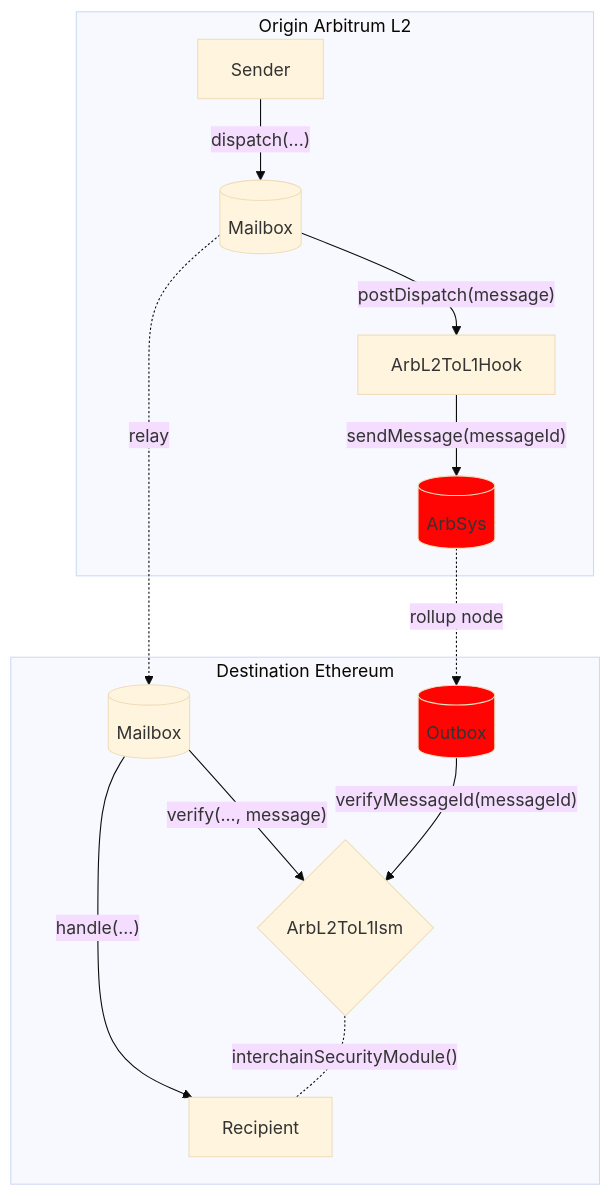
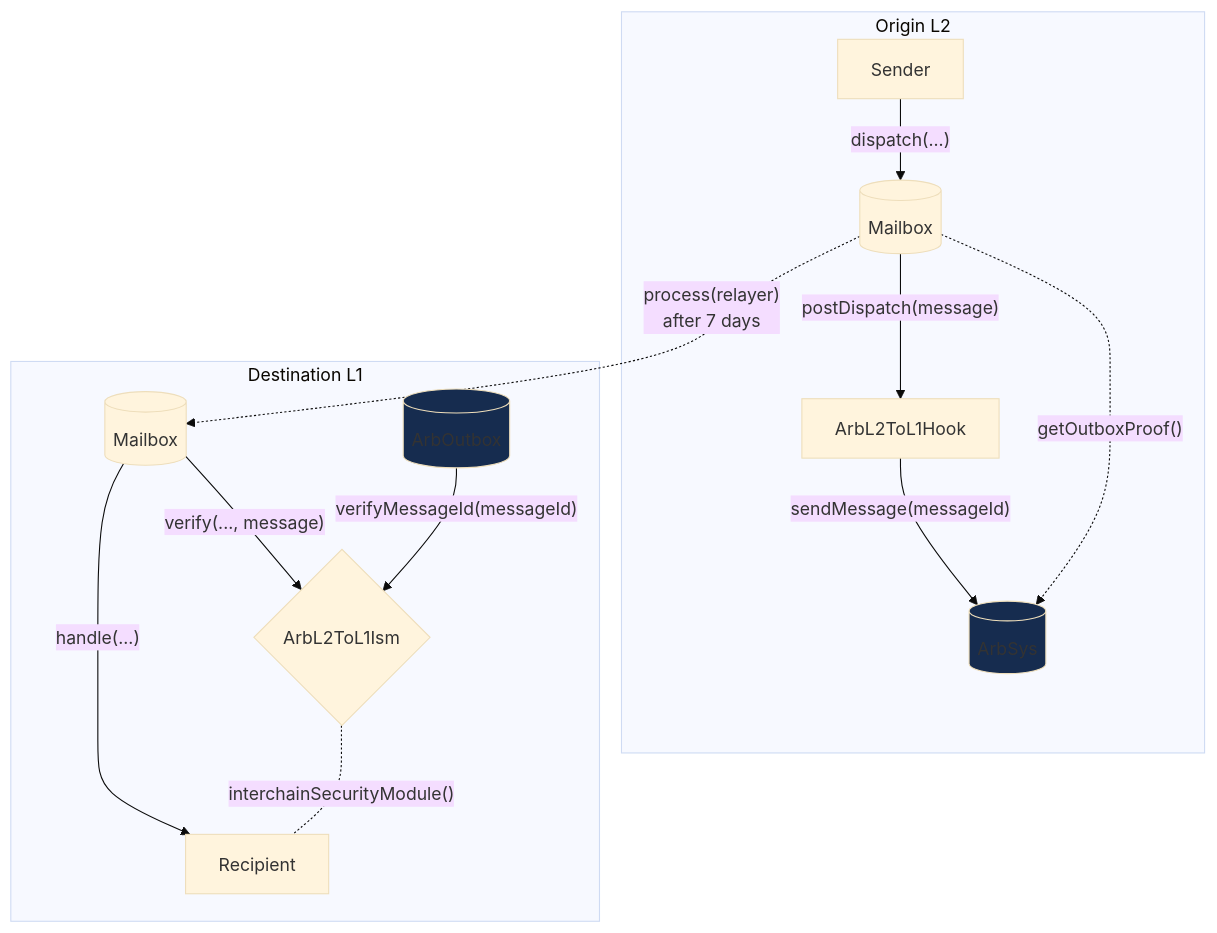
The second of 2 diagrams in docs/reference/hooks/arbitrum-L2-to-L1.mdx (hyperlane-xyz/v3-docs), drawn with Mermaid (base theme) before and after one commit. The commit also changed other lines of this file and 1 other file, not shown here.

First line of the commit message:
feat: add details to `ArbL2toL1Hook` page (#158)

````diff
--- a/docs/reference/hooks/arbitrum-L2-to-L1.mdx
+++ b/docs/reference/hooks/arbitrum-L2-to-L1.mdx
@@ -9,32 +59,33 @@
 ```mermaid
 flowchart TB
-    subgraph Origin Arbitrum L2
+    subgraph Origin L2
       Sender
       M_O[(Mailbox)]
       Hook[ArbL2ToL1Hook]
       L_2[(ArbSys)]
 
       Sender -- "dispatch(...)" --> M_O
       M_O -- "postDispatch(message)" --> Hook
       Hook -- "sendMessage(messageId)" --> L_2
     end
 
-    M_O -. "relay" .-> M_D
-    L_2 -. "rollup node" .-> L_1
+    M_O -. "process(relayer)
+    after 7 days" .-> M_D
+    M_O -. "getOutboxProof()" .-> L_2
 
-    subgraph Destination Ethereum 
+    subgraph Destination L1
       Recipient
       M_D[(Mailbox)]
       ISM{ArbL2ToL1Ism}
-      L_1[(Outbox)]
+      L_1[(ArbOutbox)]
 
       M_D -- "verify(..., message)" --> ISM
       M_D -- "handle(...)" --> Recipient
       ISM -. "interchainSecurityModule()" .- Recipient
 
       L_1 -- "verifyMessageId(messageId)" --> ISM
     end
 
-    style L_2 fill: #ff0402
-    style L_1 fill: #ff0402
+    style L_1 fill: #162c4f
+    style L_2 fill: #162c4f
 ```
````
